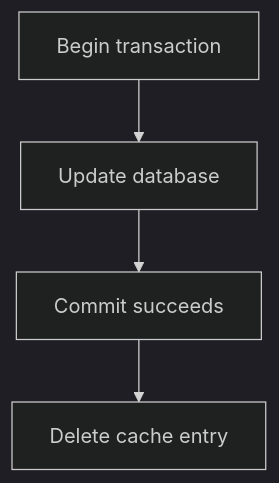
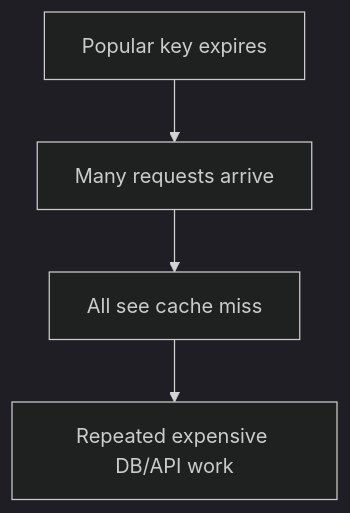
One commit to AvadhBhalodiya/Interview-Preparation changed the fifth of 6 diagrams in src/content/django/caching-framework.md. Above: the diagram before and after it, drawn with Mermaid (dark theme). The commit also changed other lines of this file and 80 other files, not shown here.

````diff
--- a/src/content/django/caching-framework.md
+++ b/src/content/django/caching-framework.md
@@ -972,6 +526,6 @@
 ```mermaid
 flowchart TD
-    A[Begin transaction] --> B[Update database]
-    B --> C[Commit succeeds]
-    C --> D[Delete cache entry]
+    A[Popular key expires] --> B[Many requests arrive]
+    B --> C[All see cache miss]
+    C --> D[Repeated expensive DB/API work]
 ```
````
